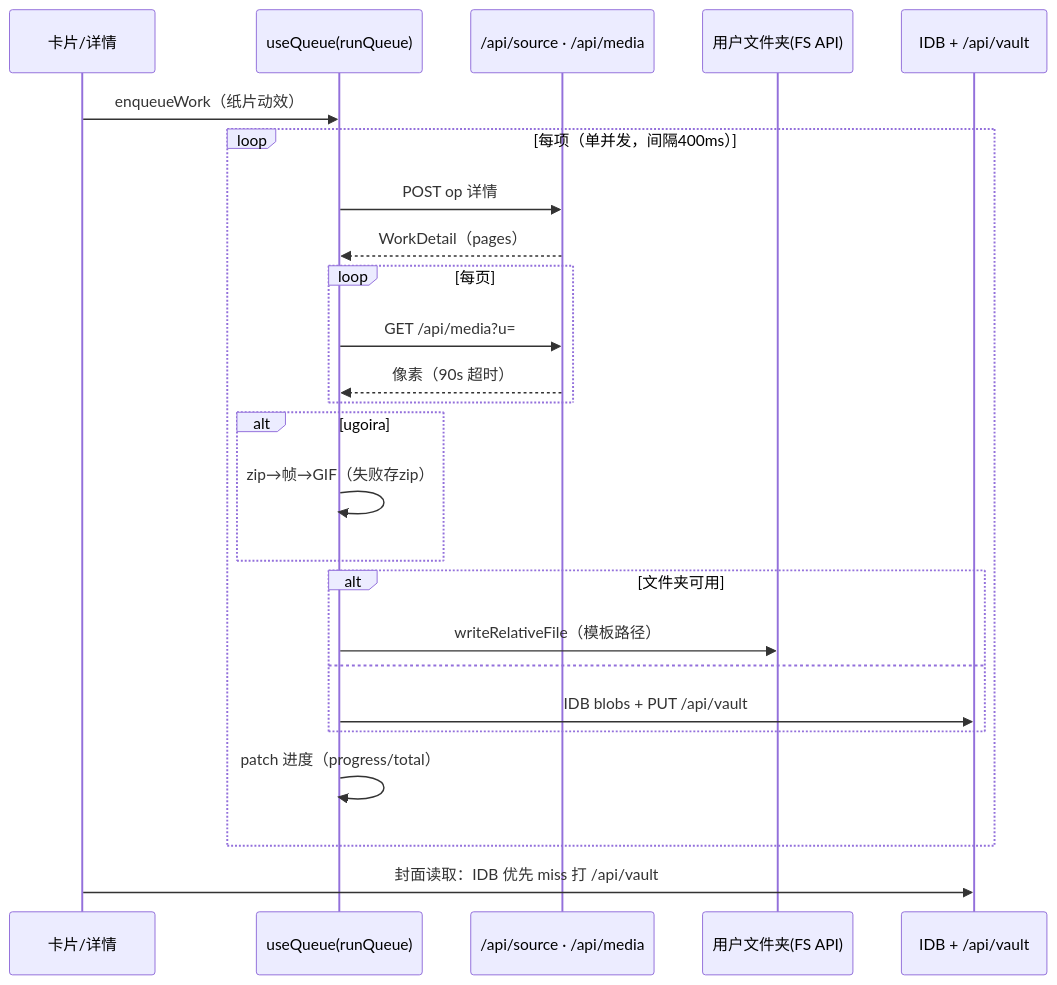
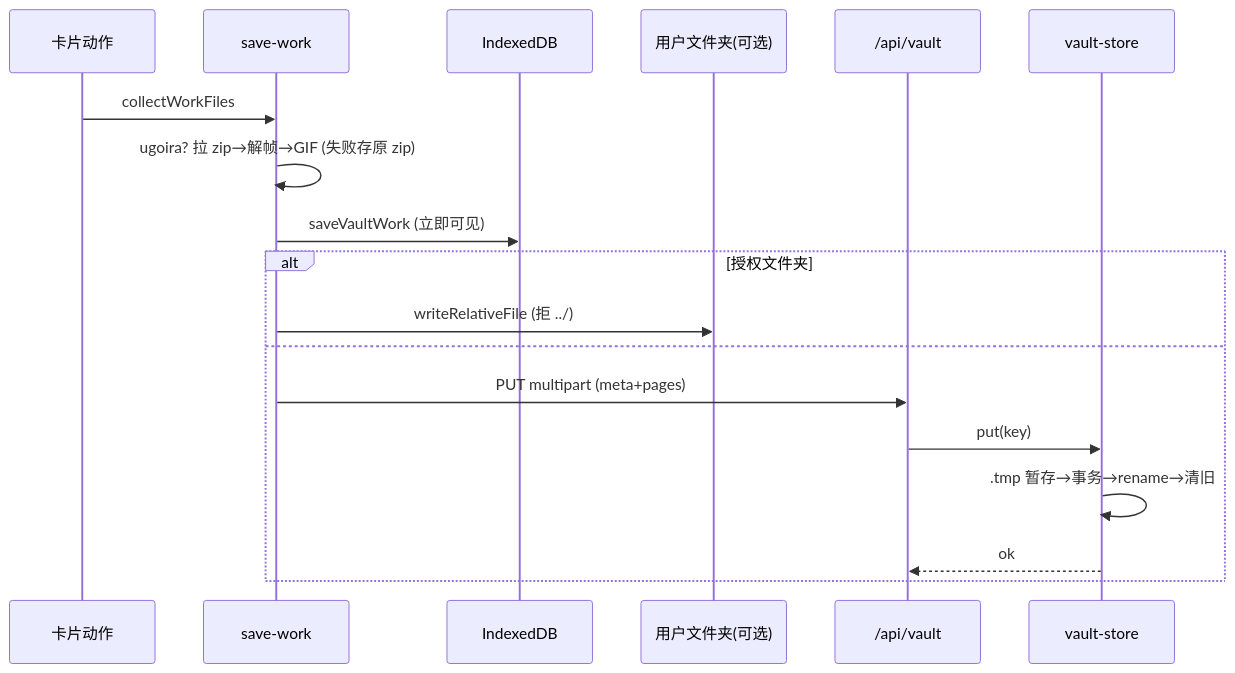
The fourth of 5 diagrams in docs/diagrams/时序图.md (Atsukiizumi/Kami-paperbox), drawn with Mermaid before and after one commit. The commit also changed other lines of this file and 25 other files, not shown here.

First line of the commit message:
docs 全量重推导：基线 75e7de0 重写 00~16 + 9 图

````diff
--- a/docs/diagrams/时序图.md
+++ b/docs/diagrams/时序图.md
@@ -85,28 +97,20 @@
 ```mermaid
 sequenceDiagram
-    participant C as 卡片/详情
-    participant Q as useQueue(runQueue)
-    participant A as /api/source · /api/media
-    participant F as 用户文件夹(FS API)
-    participant V as IDB + /api/vault
-
-    C->>Q: enqueueWork（纸片动效）
-    loop 每项（单并发，间隔400ms）
-        Q->>A: POST op 详情
-        A-->>Q: WorkDetail（pages）
-        loop 每页
-            Q->>A: GET /api/media?u=
-            A-->>Q: 像素（90s 超时）
-        end
-        alt ugoira
-            Q->>Q: zip→帧→GIF（失败存zip）
-        end
-        alt 文件夹可用
-            Q->>F: writeRelativeFile（模板路径）
-        else
-            Q->>V: IDB blobs + PUT /api/vault
-        end
-        Q->>Q: patch 进度（progress/total）
-    end
-    C->>V: 封面读取：IDB 优先 miss 打 /api/vault
+  participant C as 卡片动作
+  participant SW as save-work
+  participant IDB as IndexedDB
+  participant FS as 用户文件夹(可选)
+  participant V as /api/vault
+  participant VS as vault-store
+  C->>SW: collectWorkFiles
+  SW->>SW: ugoira? 拉 zip→解帧→GIF (失败存原 zip)
+  SW->>IDB: saveVaultWork (立即可见)
+  alt 授权文件夹
+    SW->>FS: writeRelativeFile (拒 ../)
+  else
+    SW->>V: PUT multipart (meta+pages)
+    V->>VS: put(key)
+    VS->>VS: .tmp 暂存→事务→rename→清旧
+    VS-->>V: ok
+  end
 ```
````
